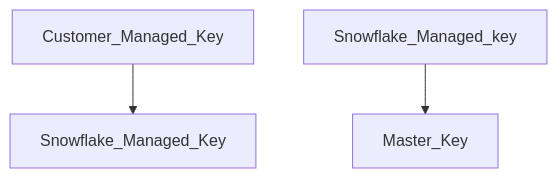
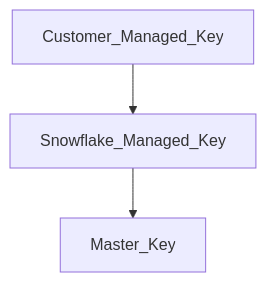
Before and after one commit to Shidhin-VP/Guides: the fifth of 6 diagrams in Snowflake_Core_Certification/Section8_Account&Security/readme.md, drawn with Mermaid. The commit also changed other lines of this file, not shown here.

````diff
--- a/Snowflake_Core_Certification/Section8_Account&Security/readme.md
+++ b/Snowflake_Core_Certification/Section8_Account&Security/readme.md
@@ -354,5 +354,5 @@
     ```mermaid 
     graph TD;
         Customer_Managed_Key-->Snowflake_Managed_Key;
-        Snowflake_Managed_key-->Master_Key;
+        Snowflake_Managed_Key-->Master_Key;
     ```
````
